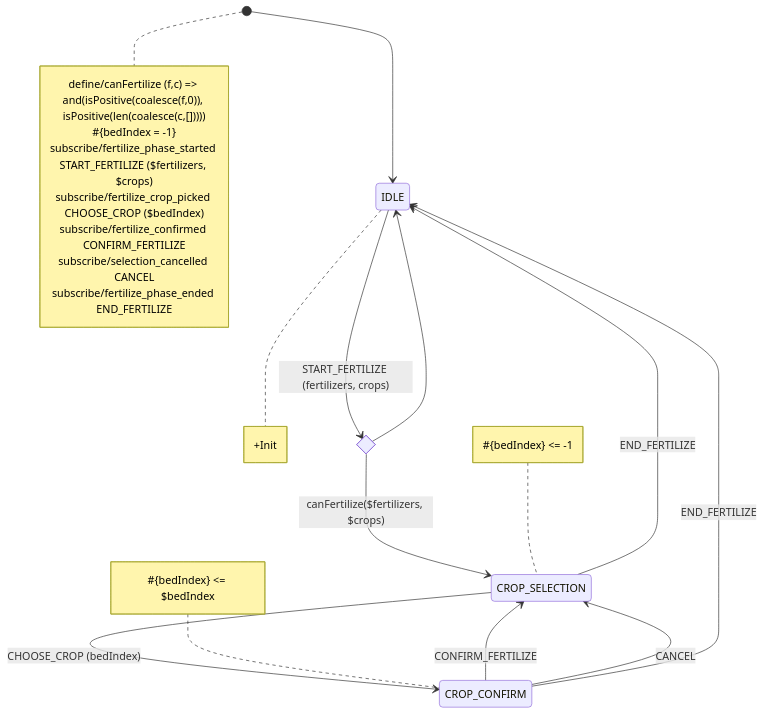
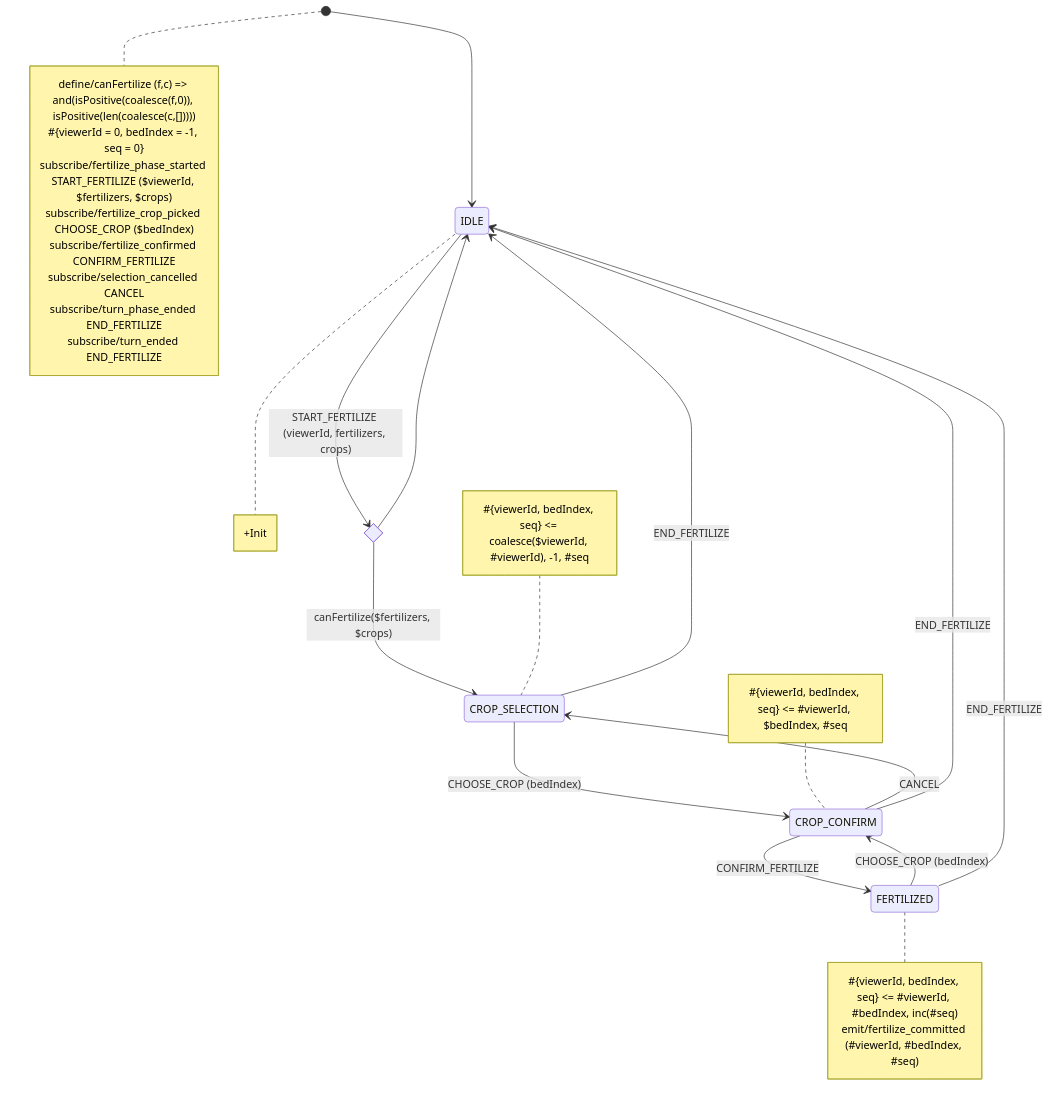
One commit to tfcp68/battle-farm changed the diagram in src/shared/lib/fsm/diagrams/fertilizing.mermaid. Above: the diagram before and after it, drawn with Mermaid. The commit also changed 7 other files, not shown here.

First line of the commit message:
refactor(fsm): rewrite turn + 7 phase-machine diagrams for the new engine

```diff
--- a/src/shared/lib/fsm/diagrams/fertilizing.mermaid
+++ b/src/shared/lib/fsm/diagrams/fertilizing.mermaid
@@ -1,33 +1,41 @@
 stateDiagram-v2
     [*] --> IDLE
     state canApply <<choice>>
-    IDLE --> canApply: START_FERTILIZE (fertilizers, crops)
+    IDLE --> canApply: START_FERTILIZE (viewerId, fertilizers, crops)
     canApply --> CROP_SELECTION: canFertilize($fertilizers, $crops)
     canApply --> IDLE
     CROP_SELECTION --> CROP_CONFIRM: CHOOSE_CROP (bedIndex)
-    CROP_CONFIRM --> CROP_SELECTION: CONFIRM_FERTILIZE
+    CROP_CONFIRM --> FERTILIZED: CONFIRM_FERTILIZE
     CROP_CONFIRM --> CROP_SELECTION: CANCEL
+    FERTILIZED --> CROP_CONFIRM: CHOOSE_CROP (bedIndex)
     CROP_SELECTION --> IDLE: END_FERTILIZE
     CROP_CONFIRM --> IDLE: END_FERTILIZE
+    FERTILIZED --> IDLE: END_FERTILIZE
 
 note right of IDLE
 +Init
 end note
 
 note right of [*]
 define/canFertilize (f,c) => and(isPositive(coalesce(f,0)), isPositive(len(coalesce(c,[]))))
-#{bedIndex = -1}
-subscribe/fertilize_phase_started START_FERTILIZE ($fertilizers, $crops)
+#{viewerId = 0, bedIndex = -1, seq = 0}
+subscribe/fertilize_phase_started START_FERTILIZE ($viewerId, $fertilizers, $crops)
 subscribe/fertilize_crop_picked CHOOSE_CROP ($bedIndex)
 subscribe/fertilize_confirmed CONFIRM_FERTILIZE
 subscribe/selection_cancelled CANCEL
-subscribe/fertilize_phase_ended END_FERTILIZE
+subscribe/turn_phase_ended END_FERTILIZE
+subscribe/turn_ended END_FERTILIZE
 end note
 
 note left of CROP_SELECTION
-#{bedIndex} <= -1
+#{viewerId, bedIndex, seq} <= coalesce($viewerId, #viewerId), -1, #seq
 end note
 
 note left of CROP_CONFIRM
-#{bedIndex} <= $bedIndex
+#{viewerId, bedIndex, seq} <= #viewerId, $bedIndex, #seq
 end note
+
+note right of FERTILIZED
+#{viewerId, bedIndex, seq} <= #viewerId, #bedIndex, inc(#seq)
+emit/fertilize_committed (#viewerId, #bedIndex, #seq)
+end note
```
